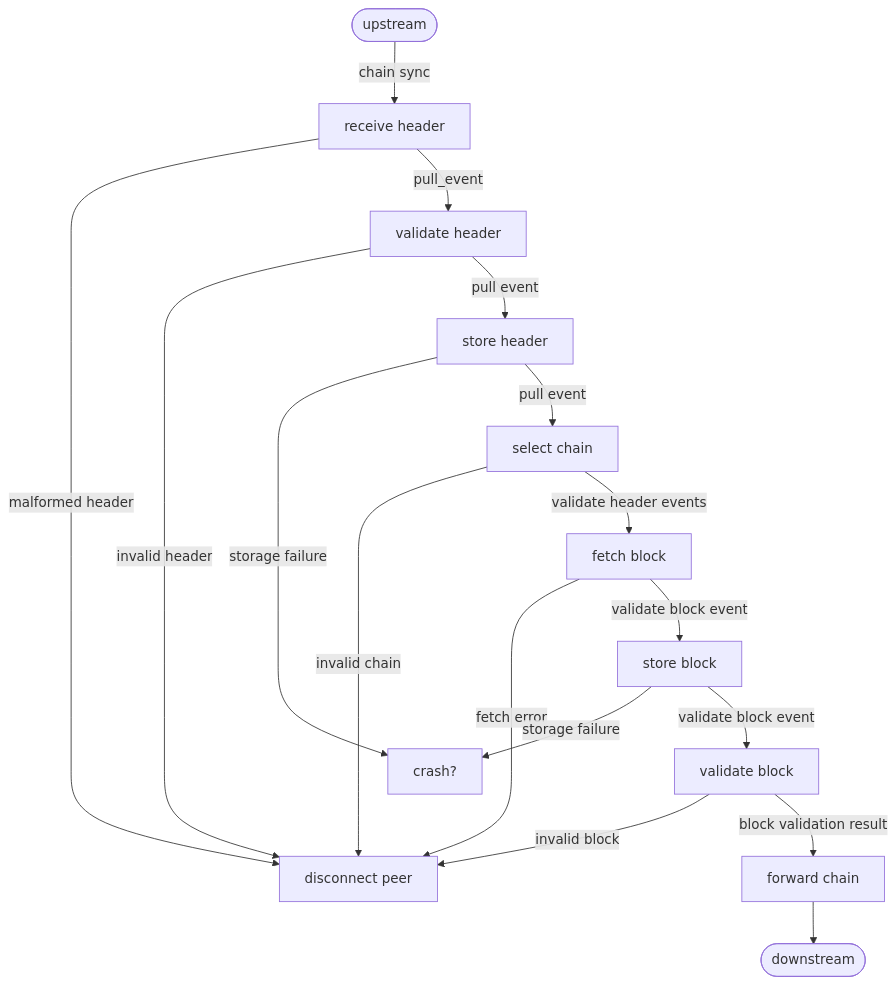
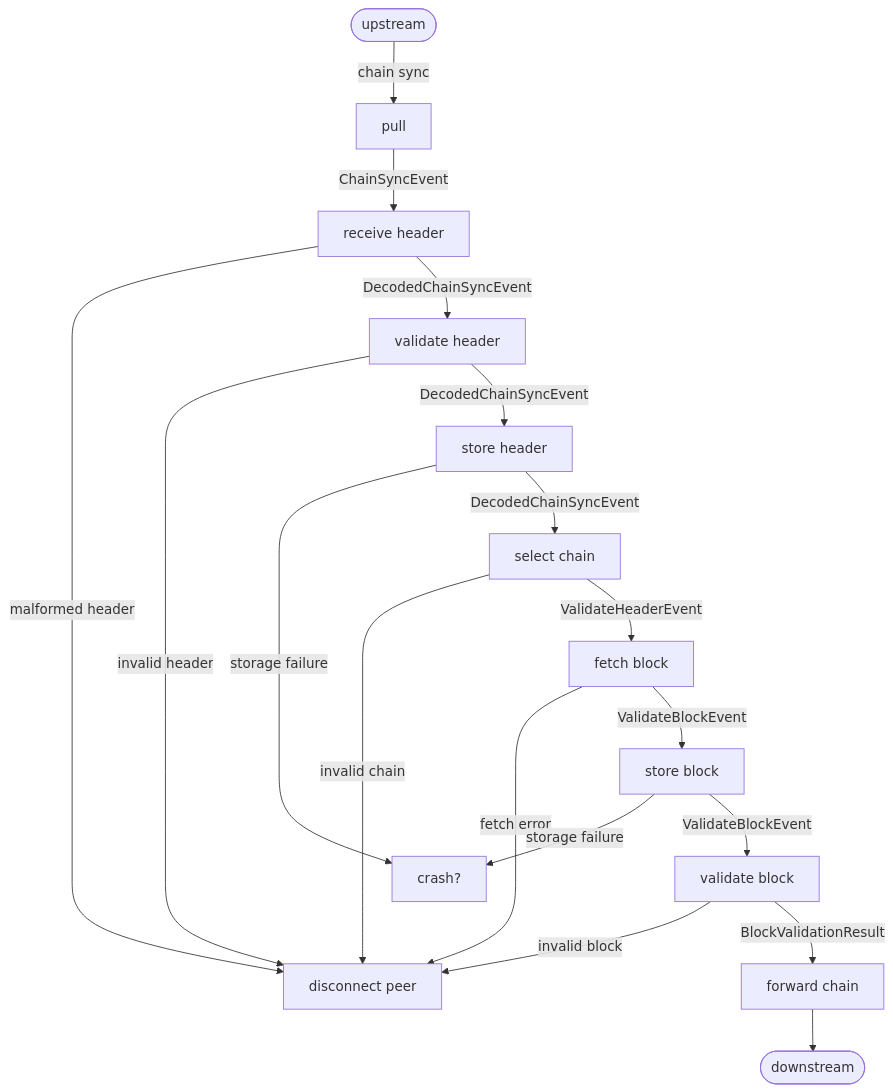
Before and after one commit to pragma-org/amaru: the diagram in crates/amaru-consensus/README.md, drawn with Mermaid. The commit also changed other lines of this file, not shown here.

Commit message:
fix: update stages and event names

````diff
--- a/crates/amaru-consensus/README.md
+++ b/crates/amaru-consensus/README.md
@@ -5,21 +5,22 @@
 ```mermaid
 graph TD
     disc[disconnect peer]
-    up([upstream]) -- chain sync --> rcv[receive header]
+    up([upstream]) -- chain sync --> pull
+    pull -- ChainSyncEvent --> rcv[receive header]
     rcv -- malformed header --> disc
     val_hdr[validate header]
-    rcv -- pull_event --> val_hdr
+    rcv -- DecodedChainSyncEvent --> val_hdr
     val_hdr -- invalid header --> disc
-    val_hdr -- pull event --> sto_hdr[store header]
+    val_hdr -- DecodedChainSyncEvent --> sto_hdr[store header]
     sto_hdr -- storage failure --> crash?
-    sto_hdr -- pull event --> select[select chain]
+    sto_hdr -- DecodedChainSyncEvent --> select[select chain]
     select -- invalid chain --> disc
-    select -- validate header events --> fetch[fetch block]
+    select -- ValidateHeaderEvent --> fetch[fetch block]
     fetch -- fetch error --> disc
-    fetch -- validate block event --> sto_block[store block]
+    fetch -- ValidateBlockEvent --> sto_block[store block]
     sto_block -- storage failure --> crash?
-    sto_block -- validate block event --> val_block[validate block]
+    sto_block -- ValidateBlockEvent --> val_block[validate block]
     val_block -- invalid block --> disc
-    val_block -- block validation result --> fwd[forward chain]
+    val_block -- BlockValidationResult --> fwd[forward chain]
     fwd --> down([downstream])
 ```
````
